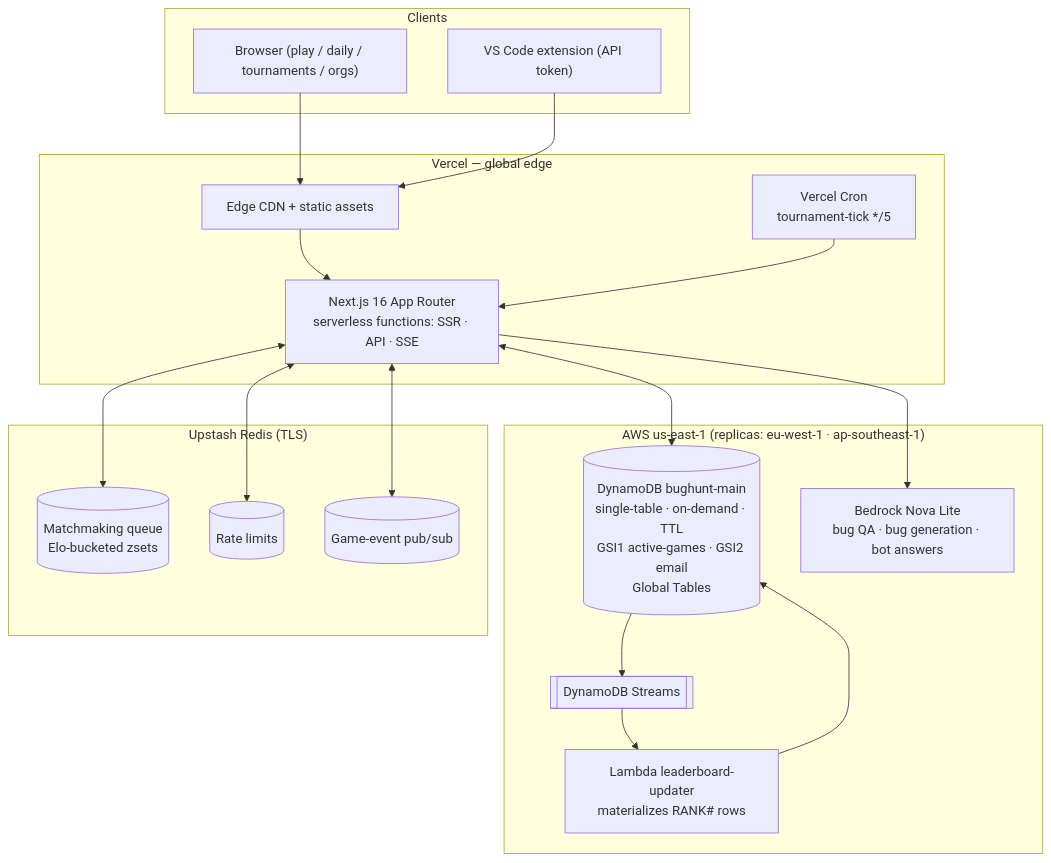
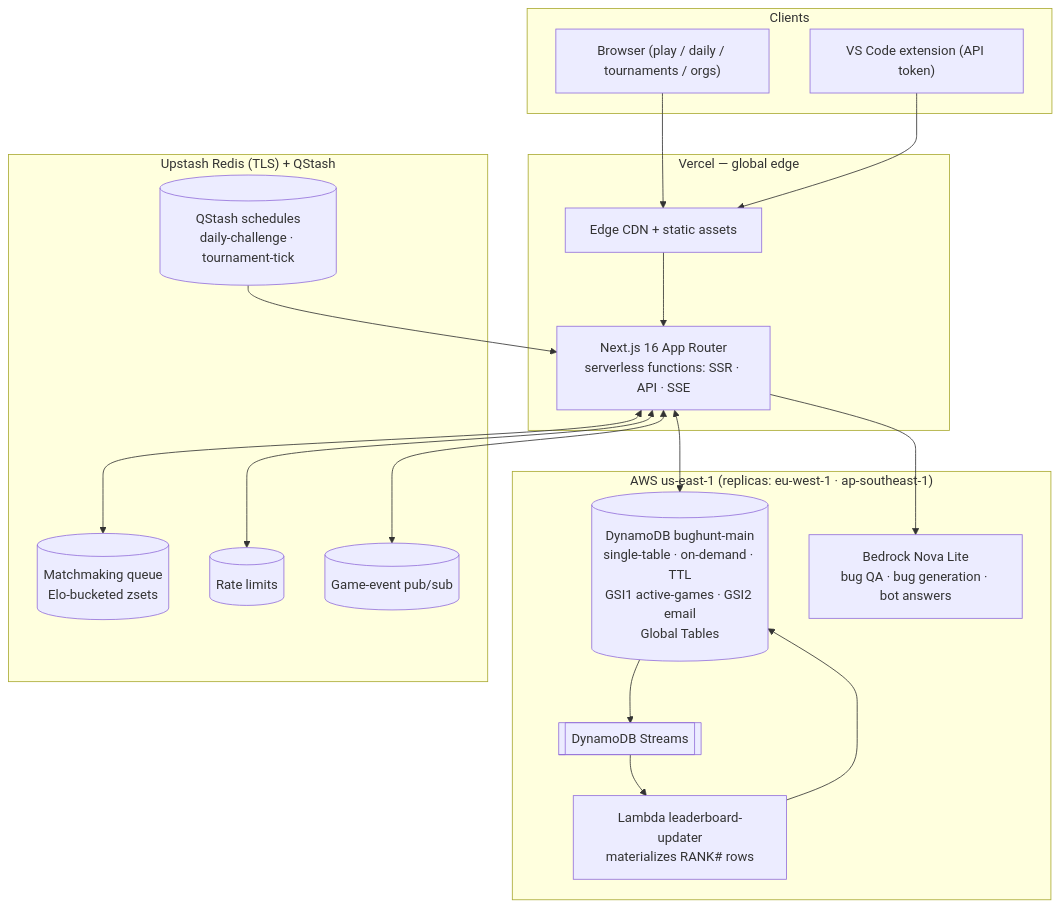
Before and after one commit to mohamedsorour1998/bughunt: the diagram in docs/architecture.mmd, drawn with Mermaid. The commit also changed 9 other files, not shown here.

First line of the commit message:
feat: switch cron scheduling from Vercel Cron to Upstash QStash

```diff
--- a/docs/architecture.mmd
+++ b/docs/architecture.mmd
@@ -1,33 +1,33 @@
 flowchart TB
   subgraph Clients
     B["Browser (play / daily / tournaments / orgs)"]
     V["VS Code extension (API token)"]
   end
   subgraph Vercel["Vercel — global edge"]
     CDN["Edge CDN + static assets"]
     F["Next.js 16 App Router\nserverless functions: SSR · API · SSE"]
-    CRON["Vercel Cron\ntournament-tick */5"]
   end
   subgraph AWS["AWS us-east-1 (replicas: eu-west-1 · ap-southeast-1)"]
     DDB[("DynamoDB bughunt-main\nsingle-table · on-demand · TTL\nGSI1 active-games · GSI2 email\nGlobal Tables")]
     STR[["DynamoDB Streams"]]
     L["Lambda leaderboard-updater\nmaterializes RANK# rows"]
     NOVA["Bedrock Nova Lite\nbug QA · bug generation · bot answers"]
   end
-  subgraph Upstash["Upstash Redis (TLS)"]
+  subgraph Upstash["Upstash Redis (TLS) + QStash"]
     Q[("Matchmaking queue\nElo-bucketed zsets")]
     RL[("Rate limits")]
     PS[("Game-event pub/sub")]
+    CRON[("QStash schedules\ndaily-challenge · tournament-tick")]
   end
   B --> CDN
   V --> CDN
   CDN --> F
   CRON --> F
   F <--> DDB
   F <--> Q
   F <--> RL
   F <--> PS
   F --> NOVA
   DDB --> STR
   STR --> L
   L --> DDB
```
